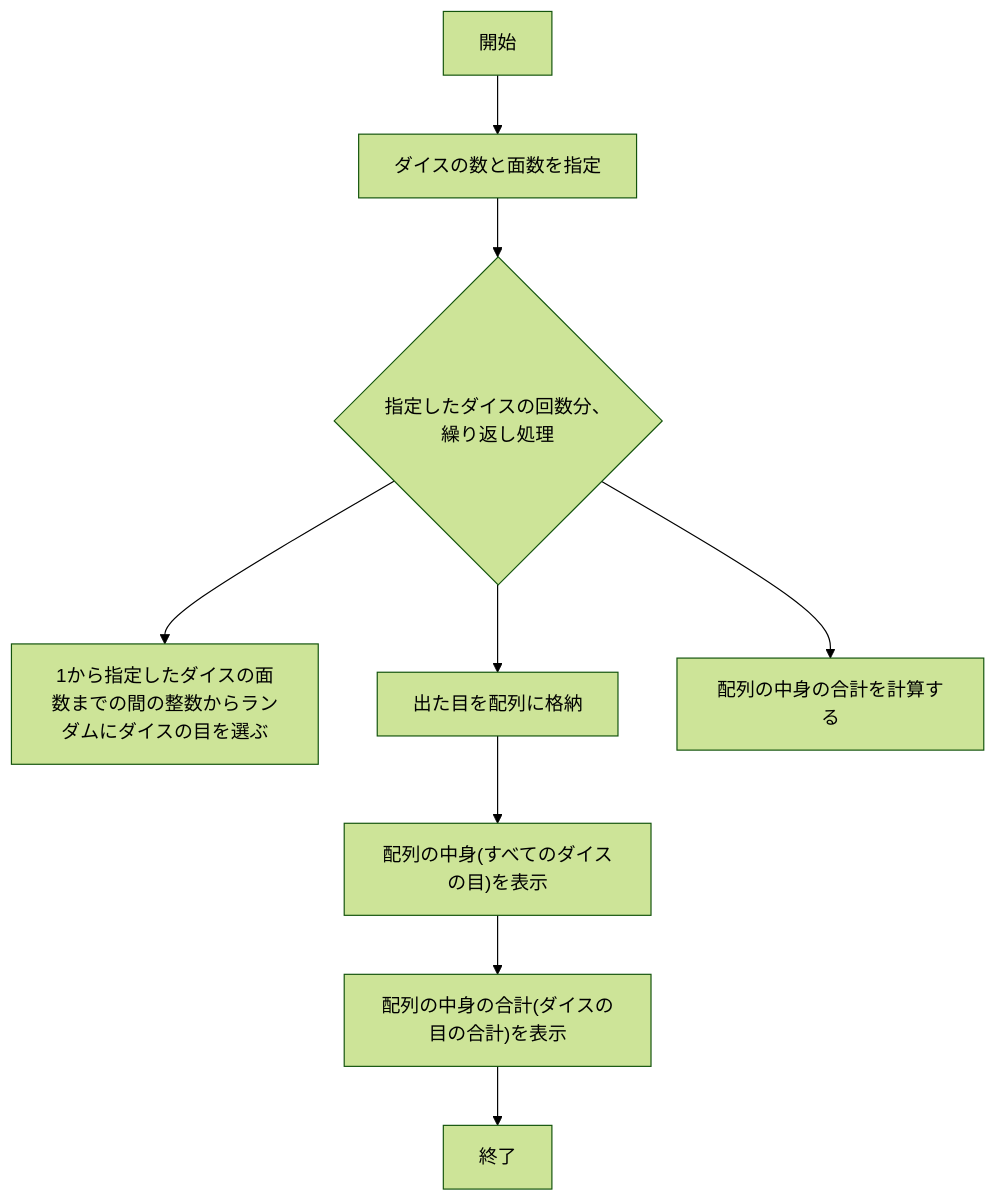
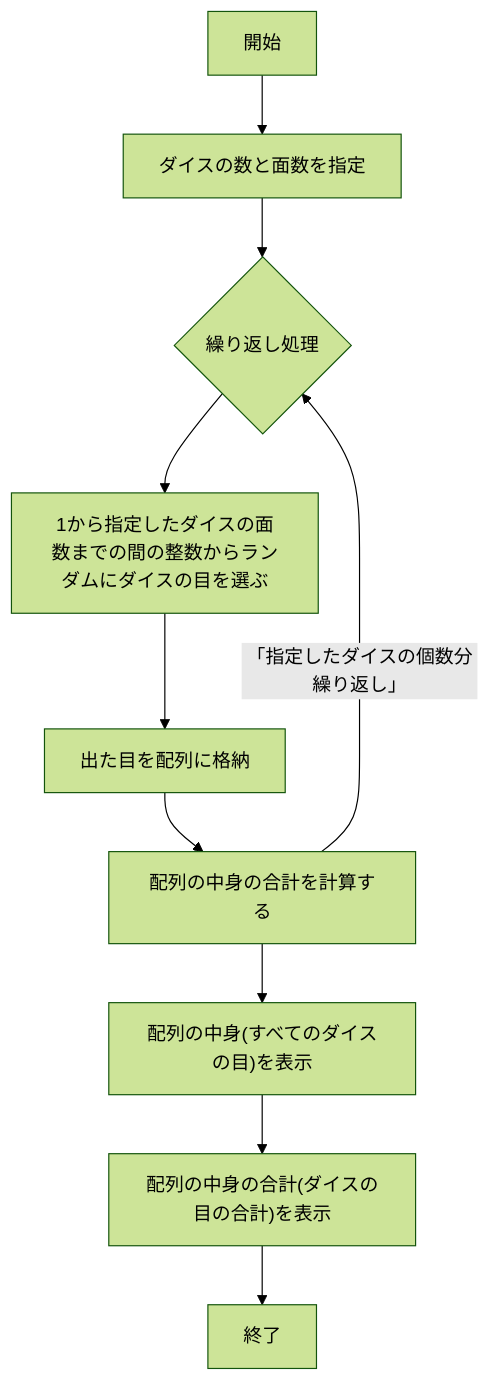
Before and after one commit to kanayuu0404/webpro_06: the second of 2 diagrams in README.md, drawn with Mermaid (forest theme).

Commit message:
フローチャートのfor部分を修正

````diff
--- a/README.md
+++ b/README.md
@@ -68,22 +68,23 @@
 ```mermaid
 flowchart TD;
 
 start["開始"];
 end1["終了"]
 sitei["ダイスの数と面数を指定"]
 roll["1から指定したダイスの面数までの間の整数からランダムにダイスの目を選ぶ"]
 dice["出た目を配列に格納"]
 dices["配列の中身の合計を計算する"]
-loop{"指定したダイスの回数分、繰り返し処理"}
+for{"繰り返し処理"}
 hyouji1["配列の中身(すべてのダイスの目)を表示"]
 hyouji2["配列の中身の合計(ダイスの目の合計)を表示"]
 
 start --> sitei
-sitei --> loop
-loop --> roll
-loop --> dice
-loop --> dices
-dice --> hyouji1
+sitei --> for
+for --> roll
+roll --> dice
+dice --> dices
+dices -->|「指定したダイスの個数分繰り返し」| for
+dices --> hyouji1
 hyouji1 --> hyouji2
 hyouji2 --> end1
 ```
````
